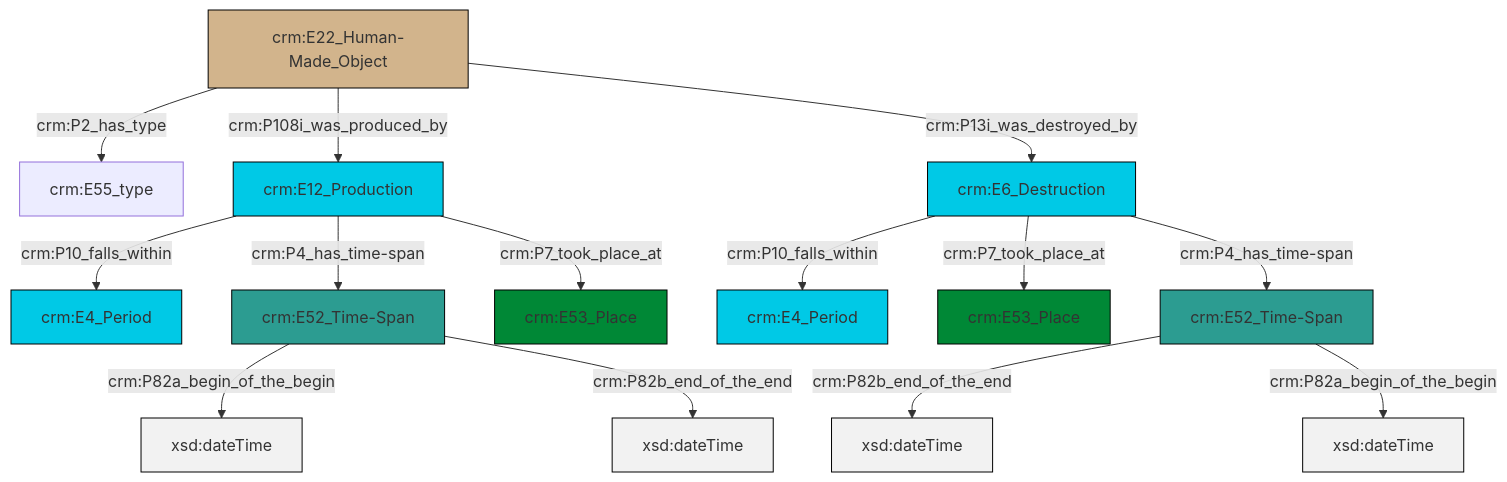
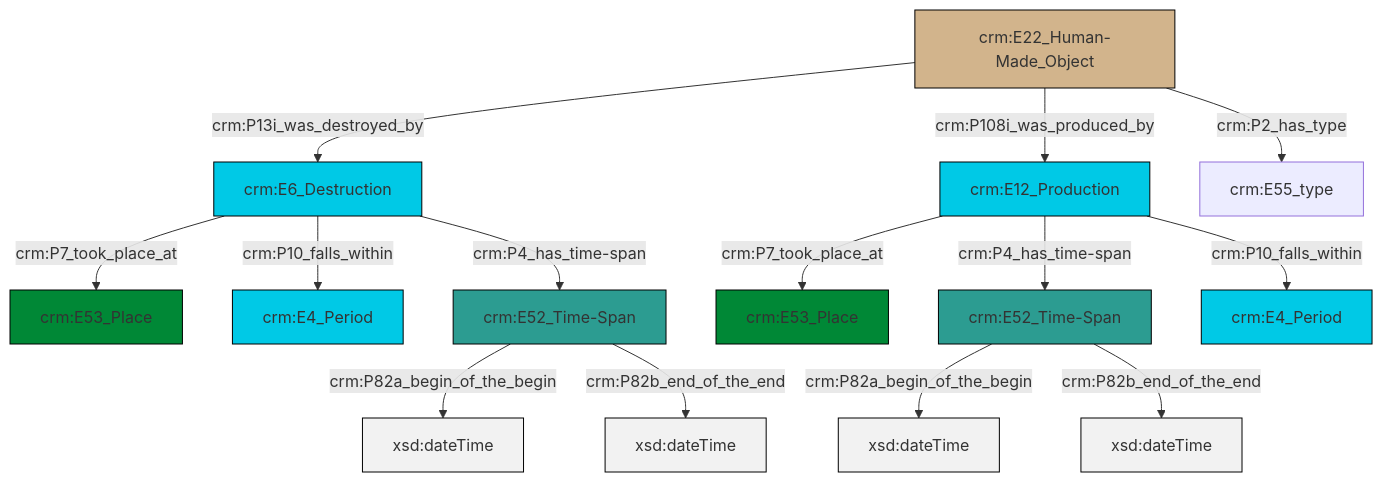
One commit to swiss-art-research-net/docs.swissartresearch changed the diagram in et/builtWorkCSV/ttl/mmd/Built_Work_existence.ttl.mmd. Above: the diagram before and after it, drawn with Mermaid. The commit also changed 175 other files, not shown here.

```diff
--- a/et/builtWorkCSV/ttl/mmd/Built_Work_existence.ttl.mmd
+++ b/et/builtWorkCSV/ttl/mmd/Built_Work_existence.ttl.mmd
@@ -1,28 +1,28 @@
 graph TD
 classDef Literal fill:#f2f2f2,stroke:#000000;
 classDef CRM_Entity fill:#FFFFFF,stroke:#000000;
 classDef Temporal_Entity fill:#00C9E6, stroke:#000000;
 classDef Type fill:#E18312, stroke:#000000;
 classDef Time-Span fill:#2C9C91, stroke:#000000;
 classDef Appellation fill:#FFEB7F, stroke:#000000;
 classDef Place fill:#008836, stroke:#000000;
 classDef Persistent_Item fill:#B266B2, stroke:#000000;
 classDef Conceptual_Object fill:#FFD700, stroke:#000000;
 classDef Physical_Thing fill:#D2B48C, stroke:#000000;
 classDef Actor fill:#f58aad, stroke:#000000;
 classDef PC_Classes fill:#4ce600, stroke:#000000;
 classDef Multi fill:#cccccc,stroke:#000000;
 
-2["crm:E52_Time-Span"]:::Time-Span -->|crm:P82a_begin_of_the_begin| 3[xsd:dateTime]:::Literal
-6["crm:E12_Production"]:::Temporal_Entity -->|crm:P10_falls_within| 0["crm:E4_Period"]:::Temporal_Entity
-10["crm:E6_Destruction"]:::Temporal_Entity -->|crm:P10_falls_within| 11["crm:E4_Period"]:::Temporal_Entity
-2["crm:E52_Time-Span"]:::Time-Span -->|crm:P82b_end_of_the_end| 14[xsd:dateTime]:::Literal
-16["crm:E22_Human-Made_Object"]:::Physical_Thing -->|crm:P2_has_type| 4["crm:E55_type"]:::Default
-6["crm:E12_Production"]:::Temporal_Entity -->|crm:P4_has_time-span| 2["crm:E52_Time-Span"]:::Time-Span
-7["crm:E52_Time-Span"]:::Time-Span -->|crm:P82b_end_of_the_end| 19[xsd:dateTime]:::Literal
-10["crm:E6_Destruction"]:::Temporal_Entity -->|crm:P7_took_place_at| 17["crm:E53_Place"]:::Place
-6["crm:E12_Production"]:::Temporal_Entity -->|crm:P7_took_place_at| 20["crm:E53_Place"]:::Place
-7["crm:E52_Time-Span"]:::Time-Span -->|crm:P82a_begin_of_the_begin| 22[xsd:dateTime]:::Literal
-10["crm:E6_Destruction"]:::Temporal_Entity -->|crm:P4_has_time-span| 7["crm:E52_Time-Span"]:::Time-Span
-16["crm:E22_Human-Made_Object"]:::Physical_Thing -->|crm:P108i_was_produced_by| 6["crm:E12_Production"]:::Temporal_Entity
-16["crm:E22_Human-Made_Object"]:::Physical_Thing -->|crm:P13i_was_destroyed_by| 10["crm:E6_Destruction"]:::Temporal_Entity
+0["crm:E6_Destruction"]:::Temporal_Entity -->|crm:P7_took_place_at| 1["crm:E53_Place"]:::Place
+0["crm:E6_Destruction"]:::Temporal_Entity -->|crm:P10_falls_within| 2["crm:E4_Period"]:::Temporal_Entity
+4["crm:E52_Time-Span"]:::Time-Span -->|crm:P82a_begin_of_the_begin| 5[xsd:dateTime]:::Literal
+4["crm:E52_Time-Span"]:::Time-Span -->|crm:P82b_end_of_the_end| 11[xsd:dateTime]:::Literal
+8["crm:E12_Production"]:::Temporal_Entity -->|crm:P7_took_place_at| 12["crm:E53_Place"]:::Place
+13["crm:E52_Time-Span"]:::Time-Span -->|crm:P82a_begin_of_the_begin| 14[xsd:dateTime]:::Literal
+6["crm:E22_Human-Made_Object"]:::Physical_Thing -->|crm:P13i_was_destroyed_by| 0["crm:E6_Destruction"]:::Temporal_Entity
+0["crm:E6_Destruction"]:::Temporal_Entity -->|crm:P4_has_time-span| 4["crm:E52_Time-Span"]:::Time-Span
+6["crm:E22_Human-Made_Object"]:::Physical_Thing -->|crm:P2_has_type| 15["crm:E55_type"]:::Default
+8["crm:E12_Production"]:::Temporal_Entity -->|crm:P4_has_time-span| 13["crm:E52_Time-Span"]:::Time-Span
+8["crm:E12_Production"]:::Temporal_Entity -->|crm:P10_falls_within| 18["crm:E4_Period"]:::Temporal_Entity
+13["crm:E52_Time-Span"]:::Time-Span -->|crm:P82b_end_of_the_end| 21[xsd:dateTime]:::Literal
+6["crm:E22_Human-Made_Object"]:::Physical_Thing -->|crm:P108i_was_produced_by| 8["crm:E12_Production"]:::Temporal_Entity
```
